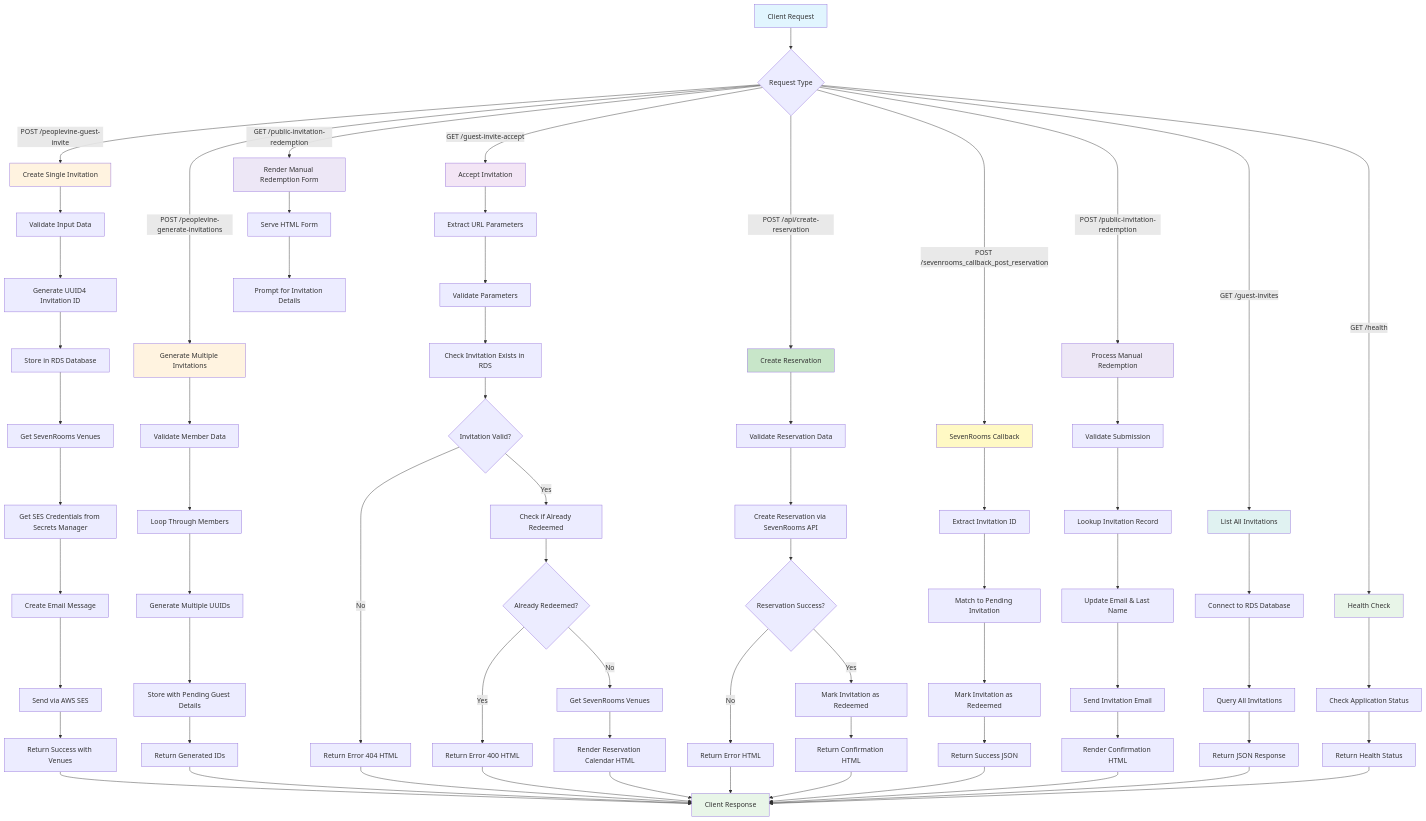
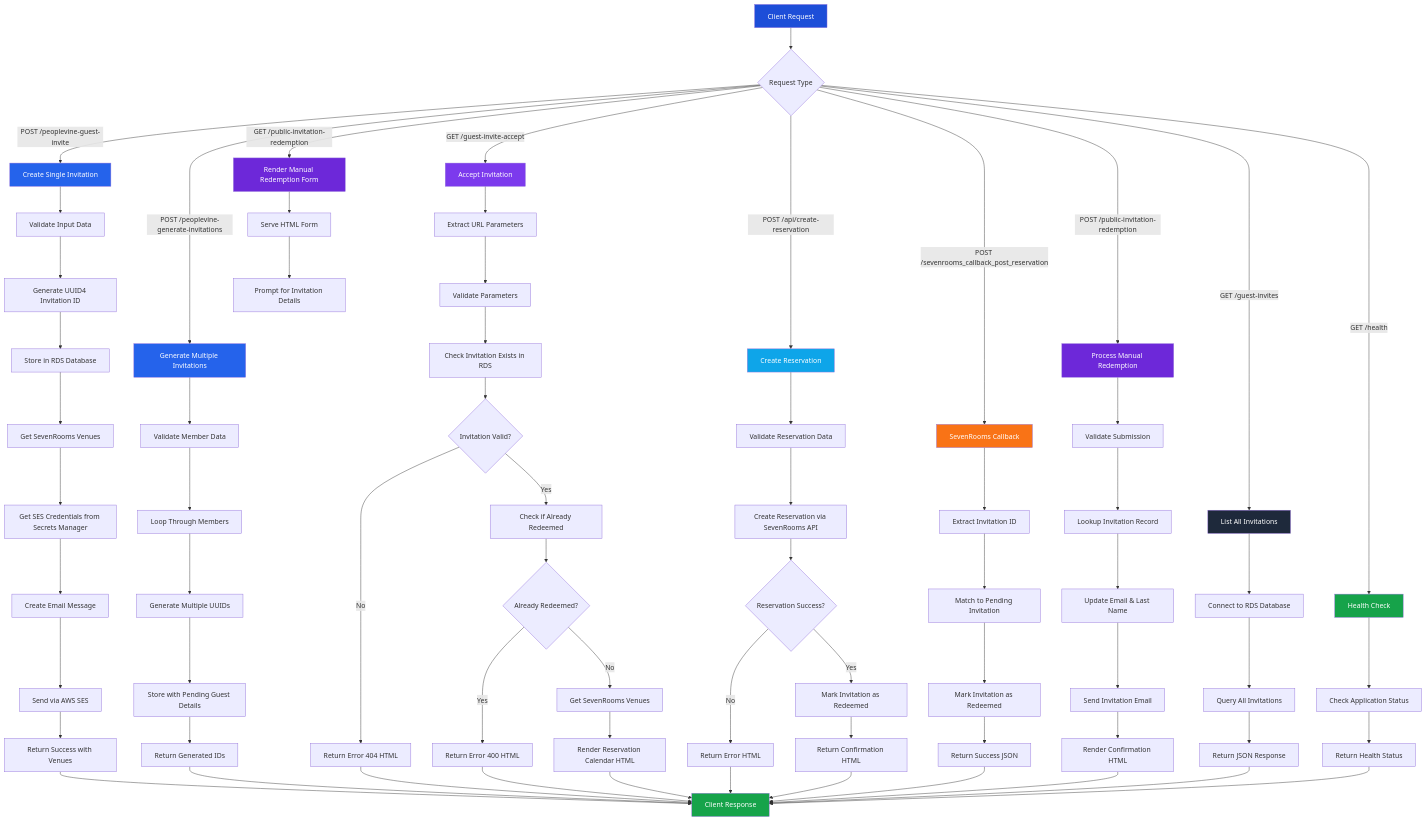
The second of 4 diagrams in mc/README.md (jkb619/jkb619), drawn with Mermaid before and after one commit. The commit also changed other lines of this file, not shown here.

````diff
--- a/mc/README.md
+++ b/mc/README.md
@@ -275,15 +275,15 @@
     K3 --> Z
     L2 --> Z
     
-    style A fill:#e1f5fe
-    style Z fill:#e8f5e8
-    style C fill:#fff3e0
-    style D fill:#fff3e0
-    style E fill:#f3e5f5
-    style G fill:#c8e6c9
-    style H fill:#fff9c4
-    style I fill:#ede7f6
-    style J fill:#ede7f6
-    style K fill:#e0f2f1
-    style L fill:#e8f5e8
+    style A fill:#1d4ed8,color:#ffffff
+    style Z fill:#16a34a,color:#ffffff
+    style C fill:#2563eb,color:#ffffff
+    style D fill:#2563eb,color:#ffffff
+    style E fill:#7c3aed,color:#ffffff
+    style G fill:#0ea5e9,color:#ffffff
+    style H fill:#f97316,color:#ffffff
+    style I fill:#6d28d9,color:#ffffff
+    style J fill:#6d28d9,color:#ffffff
+    style K fill:#1e293b,color:#ffffff
+    style L fill:#16a34a,color:#ffffff
 ```
````
